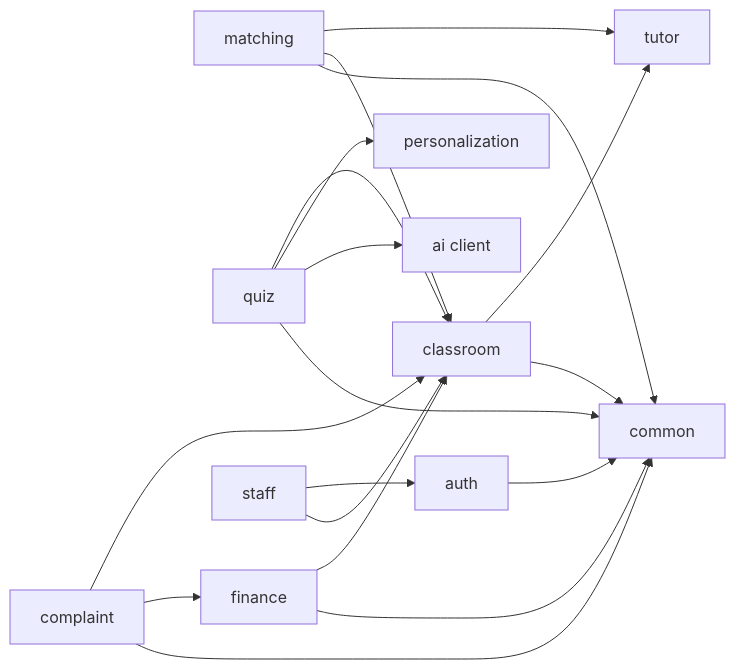
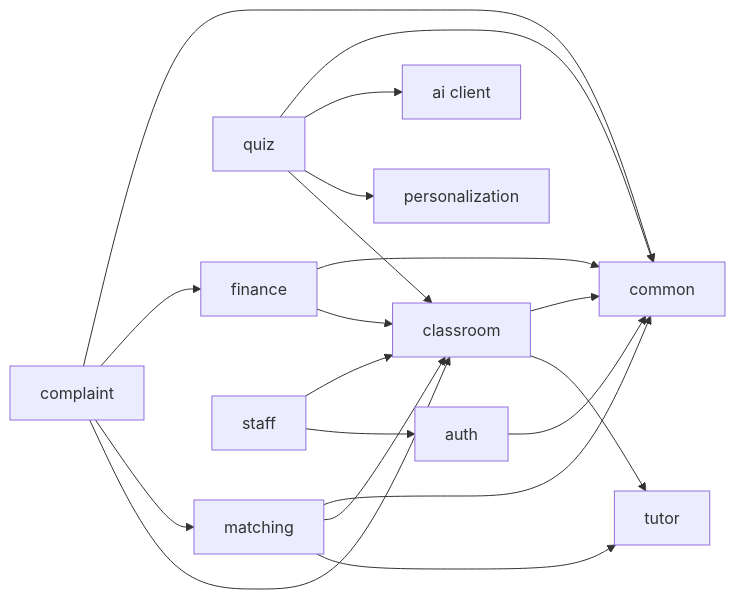
One commit to quangnguyenviet/English-tutor-platform-final-project-2026 changed the second of 7 diagrams in docs/project/ARCHITECTURE.md. Above: the diagram before and after it, drawn with Mermaid. The commit also changed other lines of this file and 8 other files, not shown here.

````diff
--- a/docs/project/ARCHITECTURE.md
+++ b/docs/project/ARCHITECTURE.md
@@ -106,20 +106,21 @@
 ```mermaid
 graph LR
     matching --> tutor
     matching --> classroom
     classroom --> tutor
     quiz --> classroom
     quiz --> personalization
     quiz --> AIClient["ai client"]
     finance --> classroom
     complaint --> classroom
+    complaint --> matching
     complaint --> finance
     staff --> auth
     staff --> classroom
     auth --> common
     matching --> common
     classroom --> common
     quiz --> common
     finance --> common
     complaint --> common
 ```
````
